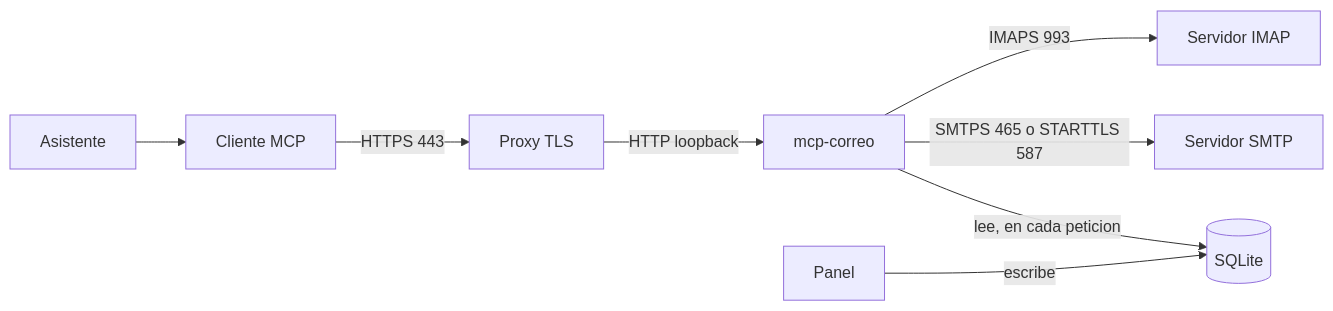
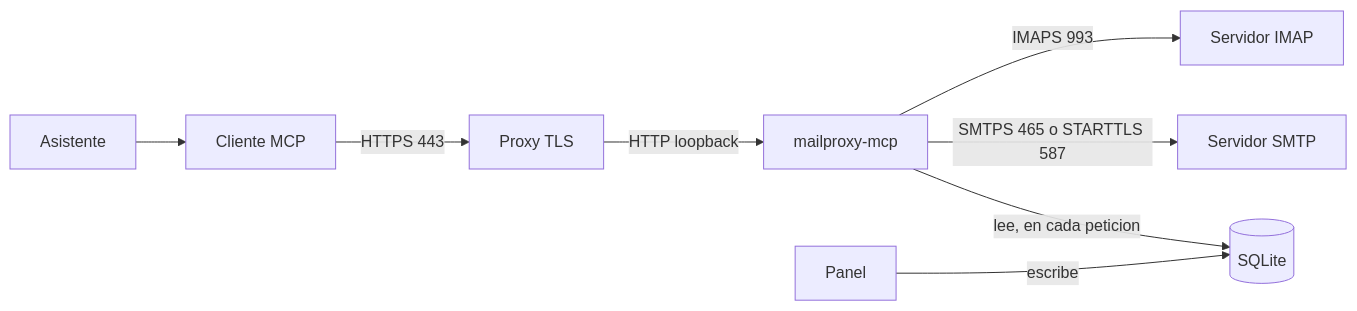
One commit to davidneyra2804/mailproxy-mcp changed the diagram in README.md. Above: the diagram before and after it, drawn with Mermaid. The commit also changed other lines of this file and 31 other files, not shown here.

First line of the commit message:
chore: renombrar el proyecto a mailproxy-mcp (2.4.0)

````diff
--- a/README.md
+++ b/README.md
@@ -354,19 +354,19 @@
 ```mermaid
 flowchart LR
   asistente[Asistente]
   cliente[Cliente MCP]
   proxy[Proxy TLS]
-  mcp[mcp-correo]
+  mcp[mailproxy-mcp]
   panel[Panel]
   sqlite[(SQLite)]
   imap[Servidor IMAP]
   smtp[Servidor SMTP]
 
   asistente --> cliente
   cliente -->|"HTTPS 443"| proxy
   proxy -->|"HTTP loopback"| mcp
   mcp -->|"IMAPS 993"| imap
   mcp -->|"SMTPS 465 o STARTTLS 587"| smtp
   panel -->|"escribe"| sqlite
   mcp -->|"lee, en cada peticion"| sqlite
 ```
````
